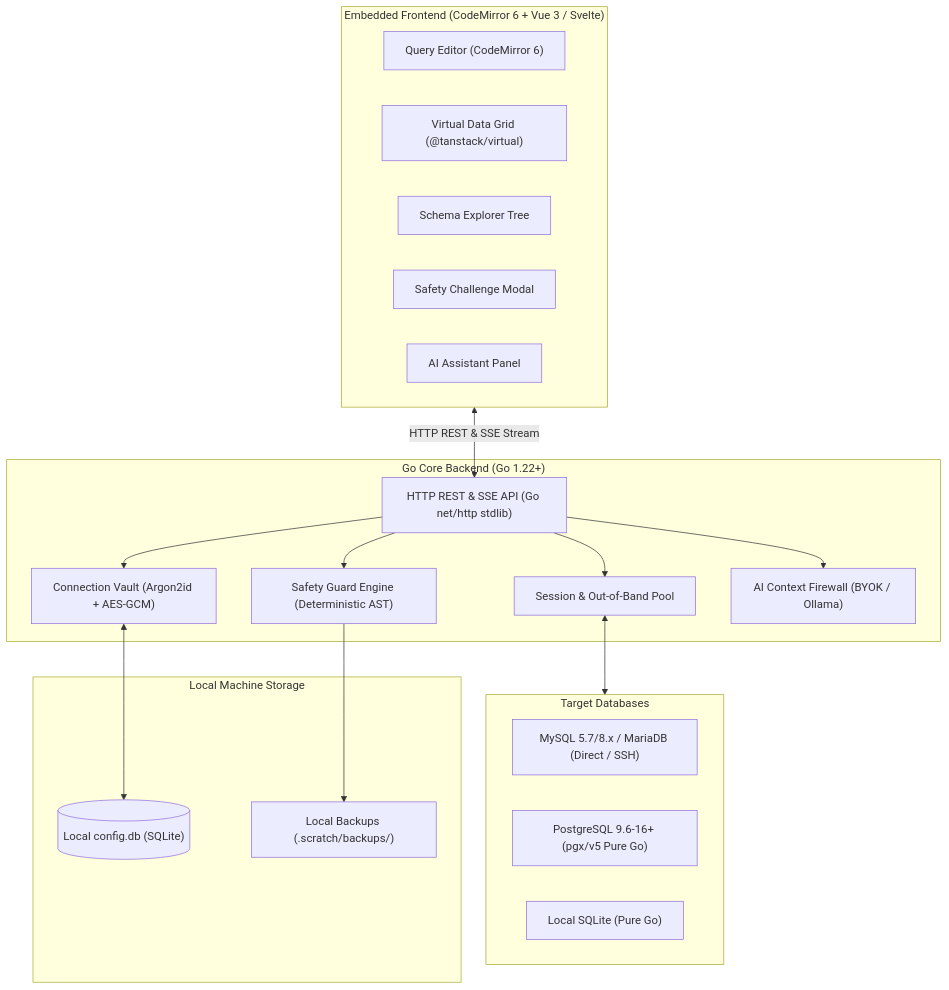
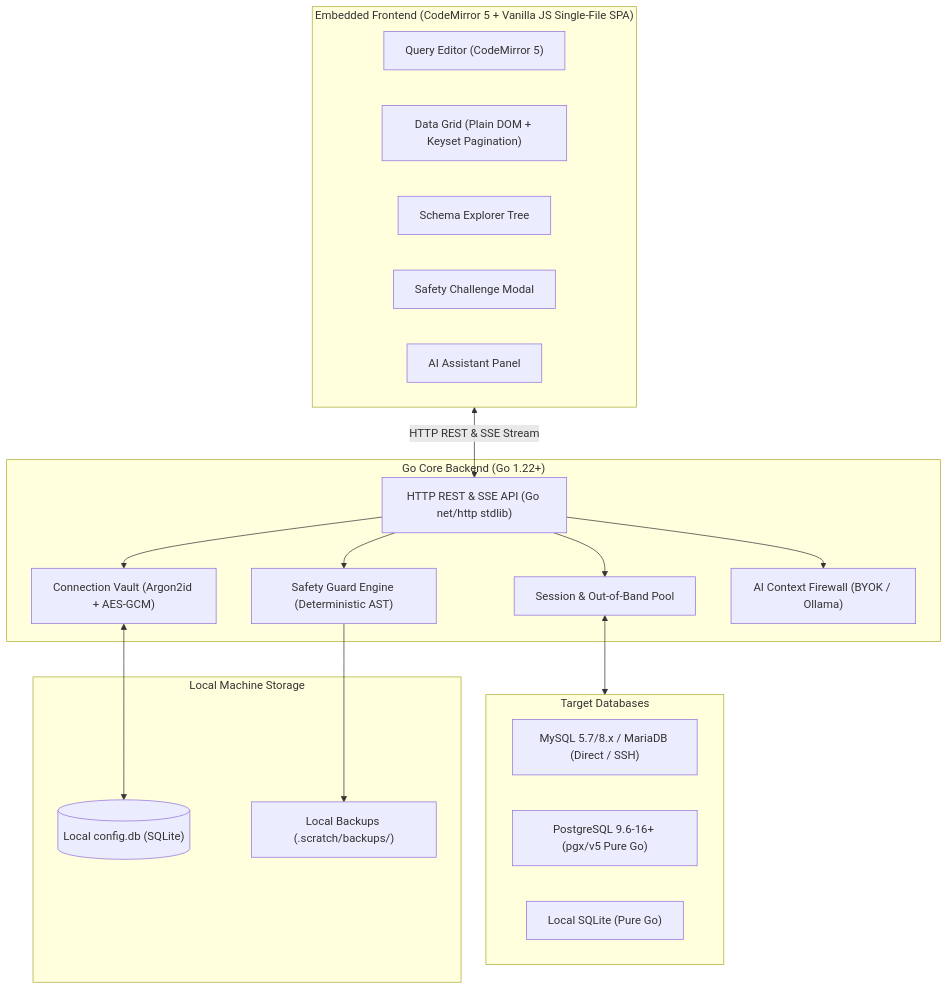
One commit to herliansyah/sqlfox changed the first of 15 diagrams in ARCHITECTURE.md. Above: the diagram before and after it, drawn with Mermaid. The commit also changed other lines of this file and 10 other files, not shown here.

````diff
--- a/ARCHITECTURE.md
+++ b/ARCHITECTURE.md
@@ -9,38 +9,38 @@
 ```mermaid
 flowchart TD
-    subgraph UI ["Embedded Frontend (CodeMirror 6 + Vue 3 / Svelte)"]
-        UI_Editor["Query Editor (CodeMirror 6)"]
-        UI_Grid["Virtual Data Grid (@tanstack/virtual)"]
+    subgraph UI ["Embedded Frontend (CodeMirror 5 + Vanilla JS Single-File SPA)"]
+        UI_Editor["Query Editor (CodeMirror 5)"]
+        UI_Grid["Data Grid (Plain DOM + Keyset Pagination)"]
         UI_Tree["Schema Explorer Tree"]
         UI_Guard["Safety Challenge Modal"]
         UI_AI["AI Assistant Panel"]
     end
 
     subgraph GoCore ["Go Core Backend (Go 1.22+)"]
         API["HTTP REST & SSE API (Go net/http stdlib)"]
         Vault["Connection Vault (Argon2id + AES-GCM)"]
         Safety["Safety Guard Engine (Deterministic AST)"]
         SessionMgr["Session & Out-of-Band Pool"]
         AIProxy["AI Context Firewall (BYOK / Ollama)"]
     end
 
     subgraph TargetDB ["Target Databases"]
         MySQL["MySQL 5.7/8.x / MariaDB (Direct / SSH)"]
         Postgres["PostgreSQL 9.6-16+ (pgx/v5 Pure Go)"]
         SQLite["Local SQLite (Pure Go)"]
     end
 
     subgraph Storage ["Local Machine Storage"]
         ConfigDB[("Local config.db (SQLite)")]
         DumpDir["Local Backups (.scratch/backups/)"]
     end
 
     UI <-->|HTTP REST & SSE Stream| API
     API --> Vault
     API --> Safety
     API --> SessionMgr
     API --> AIProxy
     Vault <--> ConfigDB
     Safety --> DumpDir
     SessionMgr <--> TargetDB
 ```
````
